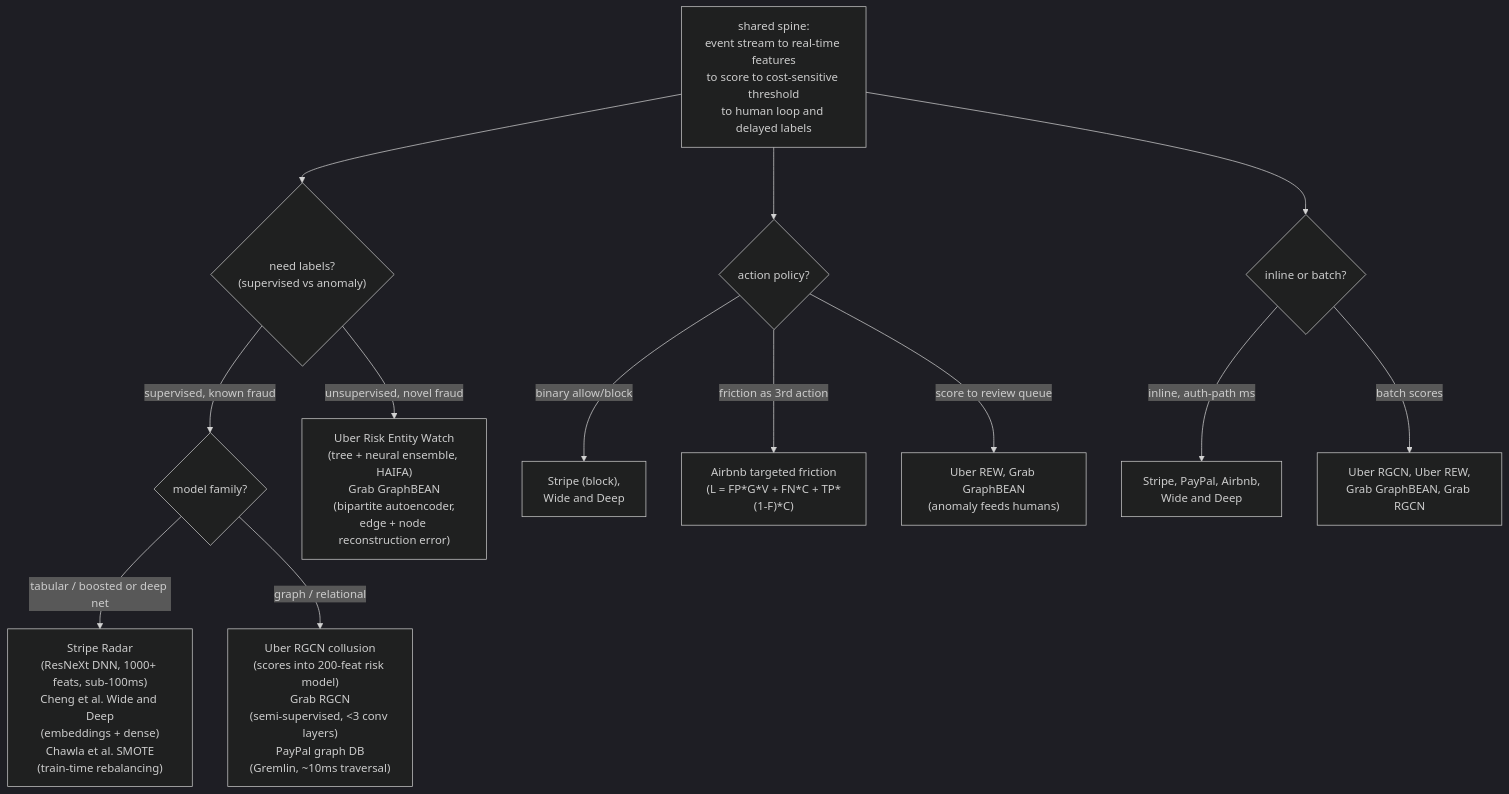
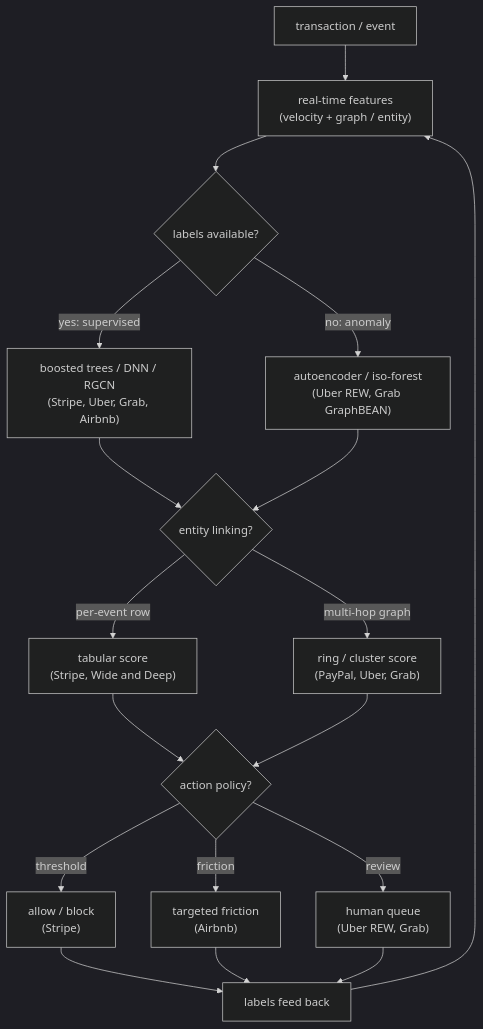
Before and after one commit to neurarch-ai/awesome-ml-system-design: diagram 11 of 36 in CASE-STUDIES.md, drawn with Mermaid (dark theme). The commit also changed other lines of this file, not shown here.

````diff
--- a/CASE-STUDIES.md
+++ b/CASE-STUDIES.md
@@ -308,19 +442,20 @@
 ```mermaid
 flowchart TD
-  SPINE["shared spine:<br/>event stream to real-time features<br/>to score to cost-sensitive threshold<br/>to human loop and delayed labels"] --> Q1{"need labels?<br/>(supervised vs anomaly)"}
-
-  Q1 -->|"supervised, known fraud"| Q2{"model family?"}
-  Q1 -->|"unsupervised, novel fraud"| ANOM["Uber Risk Entity Watch<br/>(tree + neural ensemble, HAIFA)<br/>Grab GraphBEAN<br/>(bipartite autoencoder,<br/>edge + node reconstruction error)"]
-
-  Q2 -->|"tabular / boosted or deep net"| TAB["Stripe Radar<br/>(ResNeXt DNN, 1000+ feats, sub-100ms)<br/>Cheng et al. Wide and Deep<br/>(embeddings + dense)<br/>Chawla et al. SMOTE<br/>(train-time rebalancing)"]
-  Q2 -->|"graph / relational"| GRAPH["Uber RGCN collusion<br/>(scores into 200-feat risk model)<br/>Grab RGCN<br/>(semi-supervised, <3 conv layers)<br/>PayPal graph DB<br/>(Gremlin, ~10ms traversal)"]
-
-  SPINE --> Q3{"action policy?"}
-  Q3 -->|"binary allow/block"| BIN["Stripe (block),<br/>Wide and Deep"]
-  Q3 -->|"friction as 3rd action"| FRIC["Airbnb targeted friction<br/>(L = FP*G*V + FN*C + TP*(1-F)*C)"]
-  Q3 -->|"score to review queue"| REV["Uber REW, Grab GraphBEAN<br/>(anomaly feeds humans)"]
-
-  SPINE --> Q4{"inline or batch?"}
-  Q4 -->|"inline, auth-path ms"| INL["Stripe, PayPal, Airbnb,<br/>Wide and Deep"]
-  Q4 -->|"batch scores"| BAT["Uber RGCN, Uber REW,<br/>Grab GraphBEAN, Grab RGCN"]
+  EV["transaction / event"] --> FEAT["real-time features<br/>(velocity + graph / entity)"]
+  FEAT --> D1{"labels available?"}
+  D1 -->|"yes: supervised"| SUP["boosted trees / DNN / RGCN<br/>(Stripe, Uber, Grab, Airbnb)"]
+  D1 -->|"no: anomaly"| UNS["autoencoder / iso-forest<br/>(Uber REW, Grab GraphBEAN)"]
+  SUP --> D2{"entity linking?"}
+  UNS --> D2
+  D2 -->|"per-event row"| ROW["tabular score<br/>(Stripe, Wide and Deep)"]
+  D2 -->|"multi-hop graph"| GR["ring / cluster score<br/>(PayPal, Uber, Grab)"]
+  ROW --> D3{"action policy?"}
+  GR --> D3
+  D3 -->|"threshold"| BLK["allow / block<br/>(Stripe)"]
+  D3 -->|"friction"| FRI["targeted friction<br/>(Airbnb)"]
+  D3 -->|"review"| HUM["human queue<br/>(Uber REW, Grab)"]
+  BLK --> LAB["labels feed back"]
+  FRI --> LAB
+  HUM --> LAB
+  LAB --> FEAT
 ```
````
